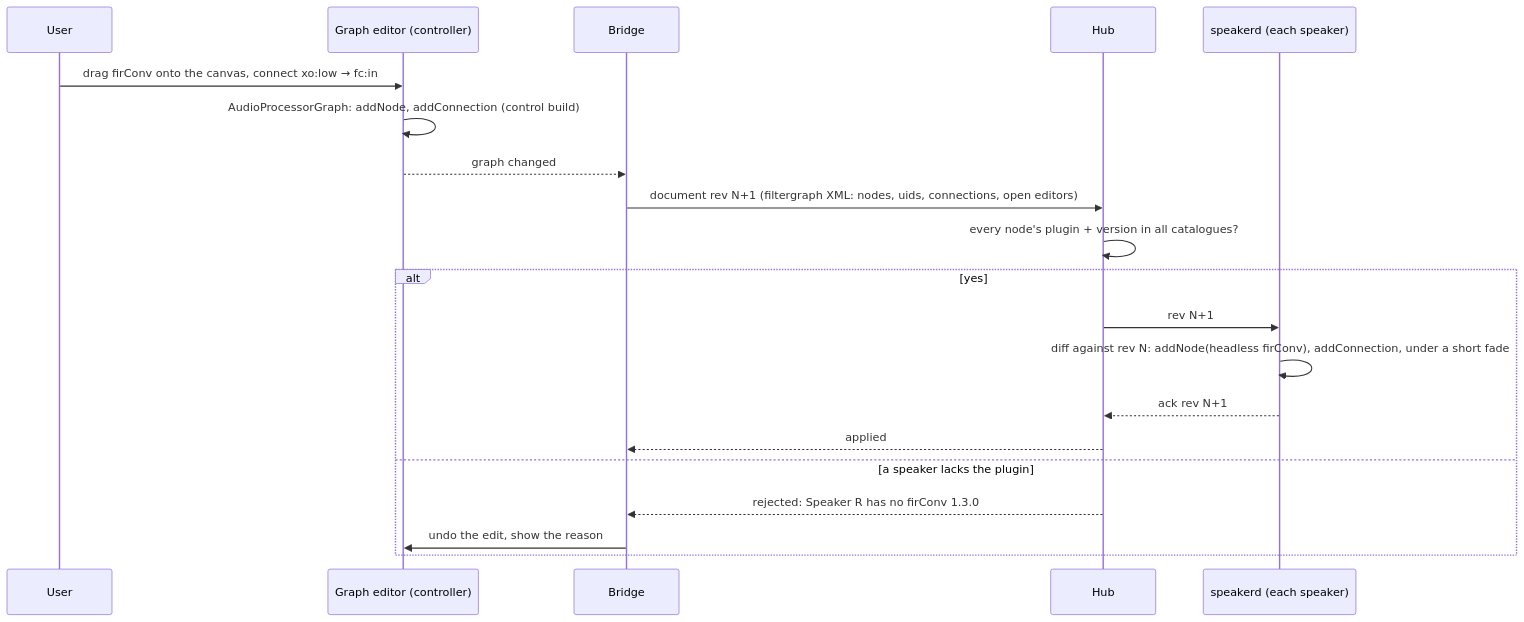
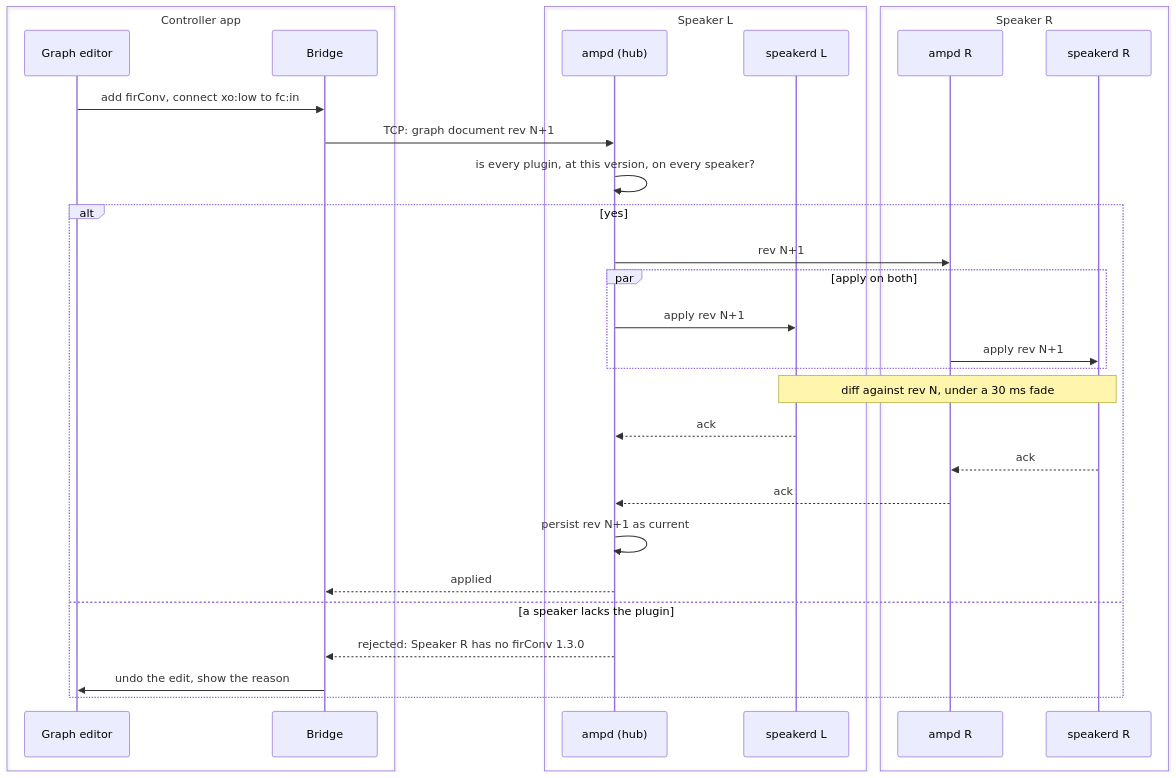
One commit to AMuszkat/bpi_amp_platform changed the fifth of 9 diagrams in docs/remote-plugin-host.md. Above: the diagram before and after it, drawn with Mermaid. The commit also changed other lines of this file, not shown here.

First line of the commit message:
Clarify the remote plugin host diagrams and drop the PipeWire alternative

````diff
--- a/docs/remote-plugin-host.md
+++ b/docs/remote-plugin-host.md
@@ -138,22 +259,34 @@
 ```mermaid
 sequenceDiagram
-    participant U as User
-    participant G as Graph editor (controller)
-    participant B as Bridge
-    participant H as Hub
-    participant S as speakerd (each speaker)
-    U->>G: drag firConv onto the canvas, connect xo:low → fc:in
-    G->>G: AudioProcessorGraph: addNode, addConnection (control build)
-    G-->>B: graph changed
-    B->>H: document rev N+1 (filtergraph XML: nodes, uids, connections, open editors)
-    H->>H: every node's plugin + version in all catalogues?
+    box Controller app
+        participant G as Graph editor
+        participant B as Bridge
+    end
+    box Speaker L
+        participant H as ampd (hub)
+        participant SL as speakerd L
+    end
+    box Speaker R
+        participant AR as ampd R
+        participant SR as speakerd R
+    end
+    G->>B: add firConv, connect xo:low to fc:in
+    B->>H: TCP: graph document rev N+1
+    H->>H: is every plugin, at this version, on every speaker?
     alt yes
-        H->>S: rev N+1
-        S->>S: diff against rev N: addNode(headless firConv), addConnection, under a short fade
-        S-->>H: ack rev N+1
+        H->>AR: rev N+1
+        par apply on both
+            H->>SL: apply rev N+1
+            AR->>SR: apply rev N+1
+        end
+        Note over SL,SR: diff against rev N, under a 30 ms fade
+        SL-->>H: ack
+        SR-->>AR: ack
+        AR-->>H: ack
+        H->>H: persist rev N+1 as current
         H-->>B: applied
     else a speaker lacks the plugin
         H-->>B: rejected: Speaker R has no firConv 1.3.0
         B->>G: undo the edit, show the reason
     end
 ```
````
